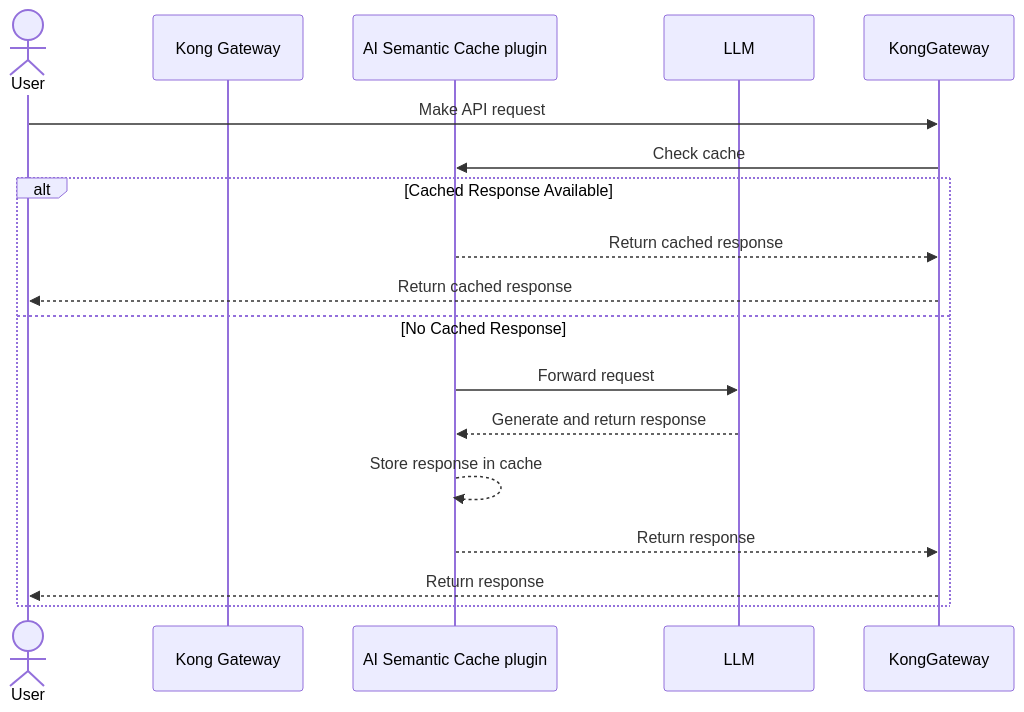
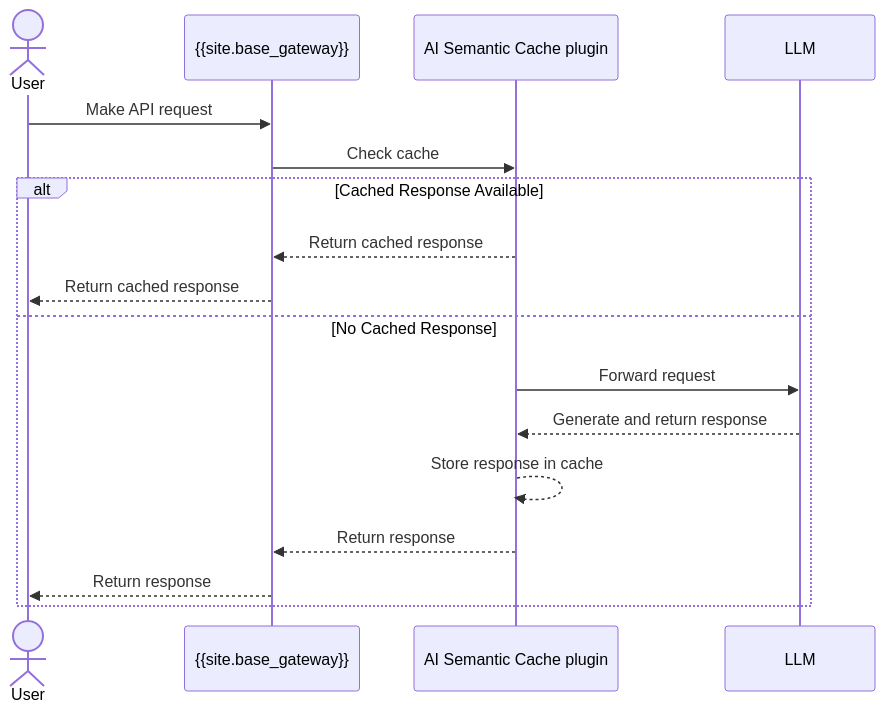
One commit to Kong/docs.konghq.com changed the first of 2 diagrams in app/_hub/kong-inc/ai-semantic-cache/overview/_index.md. Above: the diagram before and after it, drawn with Mermaid. The commit also changed other lines of this file and 1 other file, not shown here.

Commit message:
Add 2nd figure description, appease vale

```diff
--- a/app/_hub/kong-inc/ai-semantic-cache/overview/_index.md
+++ b/app/_hub/kong-inc/ai-semantic-cache/overview/_index.md
@@ -19,20 +19,20 @@
 {% mermaid %}
 sequenceDiagram
     actor User
-    participant Kong Gateway
+    participant {{site.base_gateway}}
     participant CachePlugin as AI Semantic Cache plugin
     participant LLM
 
-    User->>KongGateway: Make API request
-    KongGateway->>CachePlugin: Check cache
+    User->>{{site.base_gateway}}: Make API request
+    {{site.base_gateway}}->>CachePlugin: Check cache
     alt Cached Response Available
-        CachePlugin-->>KongGateway: Return cached response
-        KongGateway-->>User: Return cached response
+        CachePlugin-->>{{site.base_gateway}}: Return cached response
+        {{site.base_gateway}}-->>User: Return cached response
     else No Cached Response
         CachePlugin->>LLM: Forward request
         LLM-->>CachePlugin: Generate and return response
         CachePlugin-->>CachePlugin: Store response in cache
-        CachePlugin-->>KongGateway: Return response
-        KongGateway-->>User: Return response
+        CachePlugin-->>{{site.base_gateway}}: Return response
+        {{site.base_gateway}}-->>User: Return response
     end
 {% endmermaid %}
```
